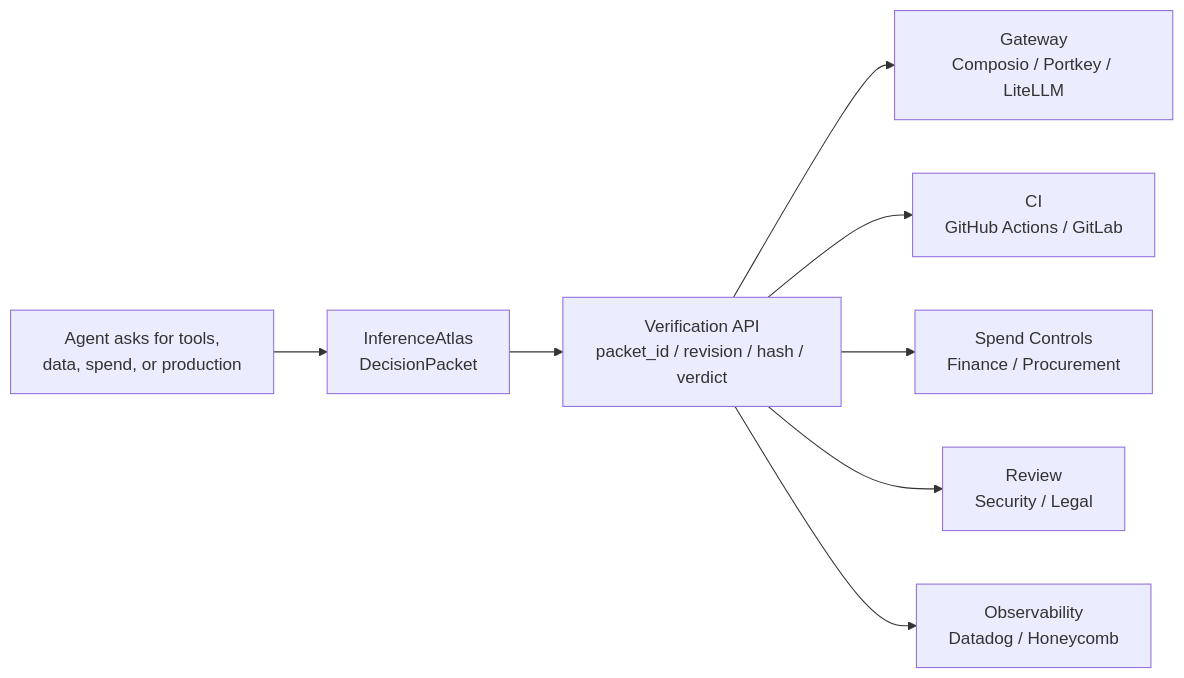
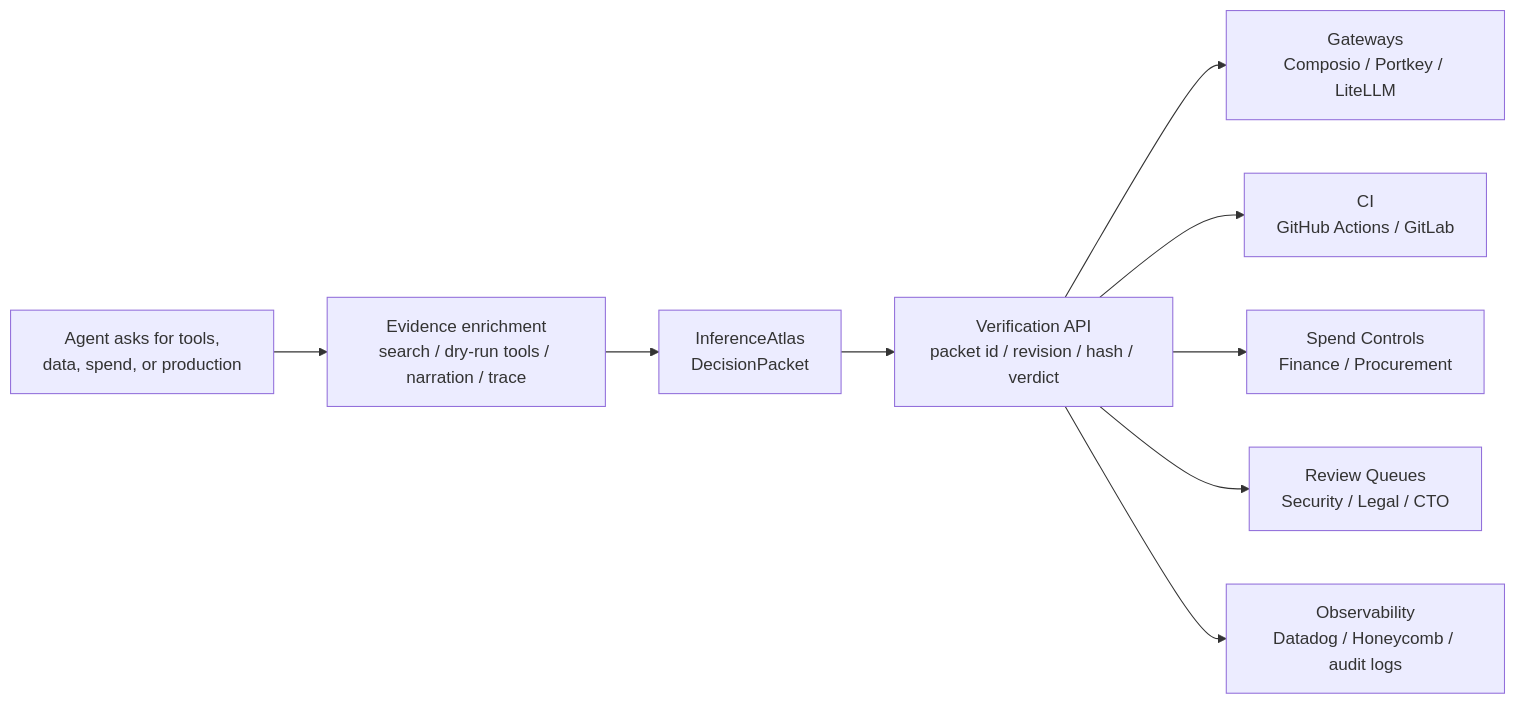
One commit to jayeshsuyal/inferenceatlas-agent-demo changed the diagram in README.md. Above: the diagram before and after it, drawn with Mermaid. The commit also changed other lines of this file and 19 other files, not shown here.

````diff
--- a/README.md
+++ b/README.md
@@ -30,10 +44,11 @@
 ```mermaid
 flowchart LR
-  A["Agent asks for tools,<br/>data, spend, or production"] --> B["InferenceAtlas<br/>DecisionPacket"]
-  B --> C["Verification API<br/>packet_id / revision / hash / verdict"]
-  C --> D["Gateway<br/>Composio / Portkey / LiteLLM"]
+  A["Agent asks for tools,<br/>data, spend, or production"] --> P["Evidence enrichment<br/>search / dry-run tools / narration / trace"]
+  P --> B["InferenceAtlas<br/>DecisionPacket"]
+  B --> C["Verification API<br/>packet id / revision / hash / verdict"]
+  C --> D["Gateways<br/>Composio / Portkey / LiteLLM"]
   C --> E["CI<br/>GitHub Actions / GitLab"]
   C --> F["Spend Controls<br/>Finance / Procurement"]
-  C --> G["Review<br/>Security / Legal"]
-  C --> H["Observability<br/>Datadog / Honeycomb"]
+  C --> G["Review Queues<br/>Security / Legal / CTO"]
+  C --> H["Observability<br/>Datadog / Honeycomb / audit logs"]
 ```
````
